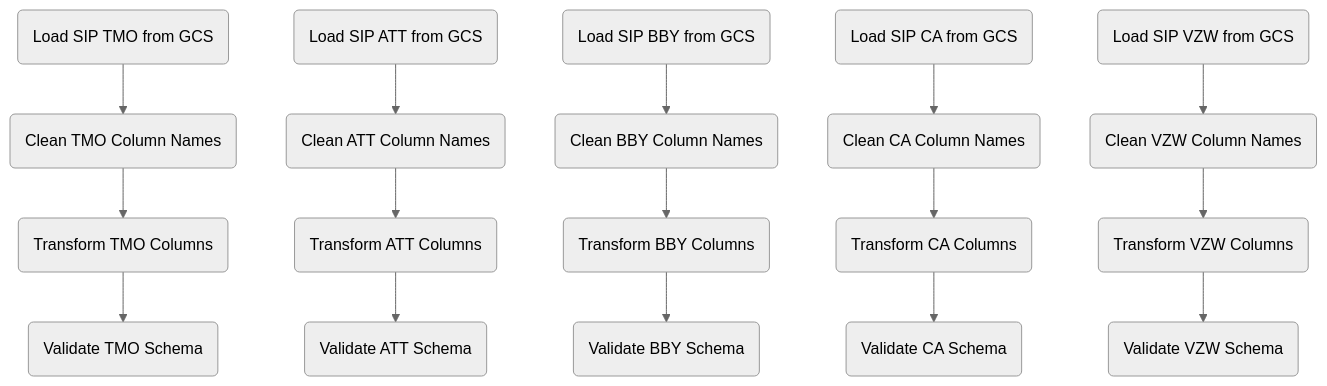
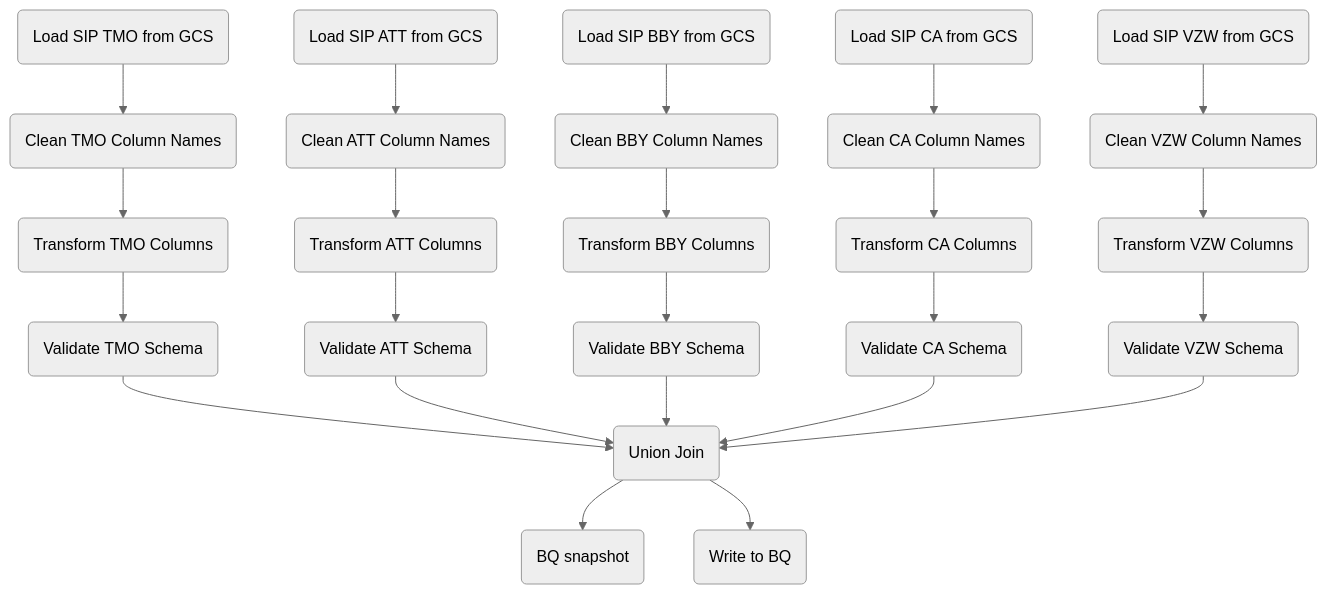
The diagram in documentation/pipelines/sip.md (CarrierOps/1P-Wiki), drawn with Mermaid (neutral theme) before and after one commit. The commit also changed 2 other files, not shown here.

Commit message:
sip flowchart

````diff
--- a/documentation/pipelines/sip.md
+++ b/documentation/pipelines/sip.md
@@ -3,49 +3,62 @@
 ```mermaid
 flowchart TD
 
 id1_tmo(Load SIP TMO from GCS)
 id2_tmo(Clean TMO Column Names)
 id3_tmo(Transform TMO Columns)
 id4_tmo(Validate TMO Schema)
 id1_tmo --> id2_tmo--> id3_tmo-->id4_tmo
 
 id1_att(Load SIP ATT from GCS)
 id2_att(Clean ATT Column Names)
 id3_att(Transform ATT Columns)
 id4_att(Validate ATT Schema)
 id1_att --> id2_att--> id3_att-->id4_att
 
 id1_bby(Load SIP BBY from GCS)
 id2_bby(Clean BBY Column Names)
 id3_bby(Transform BBY Columns)
 id4_bby(Validate BBY Schema)
 id1_bby --> id2_bby--> id3_bby-->id4_bby
 
 id1_ca(Load SIP CA from GCS)
 id2_ca(Clean CA Column Names)
 id3_ca(Transform CA Columns)
 id4_ca(Validate CA Schema)
 id1_ca --> id2_ca--> id3_ca-->id4_ca
 
 
 id1_vzw(Load SIP VZW from GCS)
 id2_vzw(Clean VZW Column Names)
 id3_vzw(Transform VZW Columns)
 id4_vzw(Validate VZW Schema)
 id1_vzw --> id2_vzw--> id3_vzw-->id4_vzw
 
 
+id_join(Union Join)
+
+id4_tmo --> id_join
+id4_att --> id_join
+id4_bby --> id_join
+id4_ca --> id_join
+id4_vzw --> id_join
+
+id_join --> id_bq(BQ snapshot)
+id_join--> id_bq2(Write to BQ)
+
+
+
 
 
 
 
 
 
 
 
 
 
 
 
 
 ```
````
